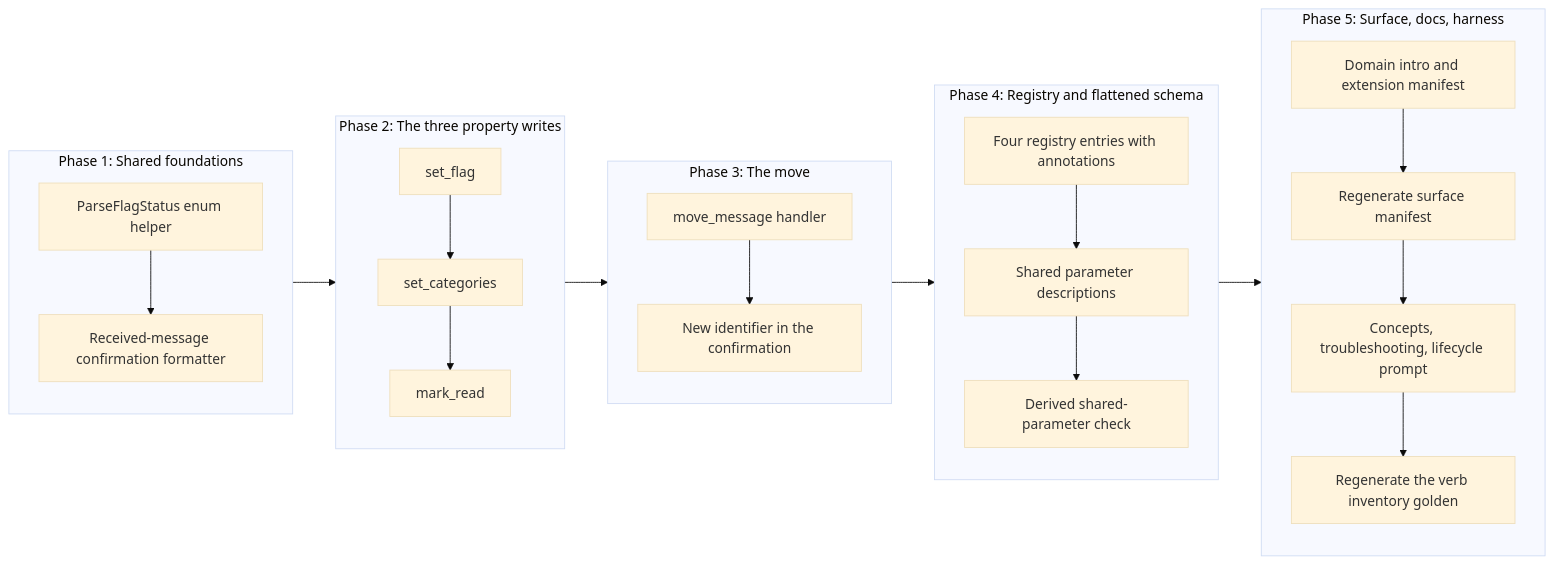
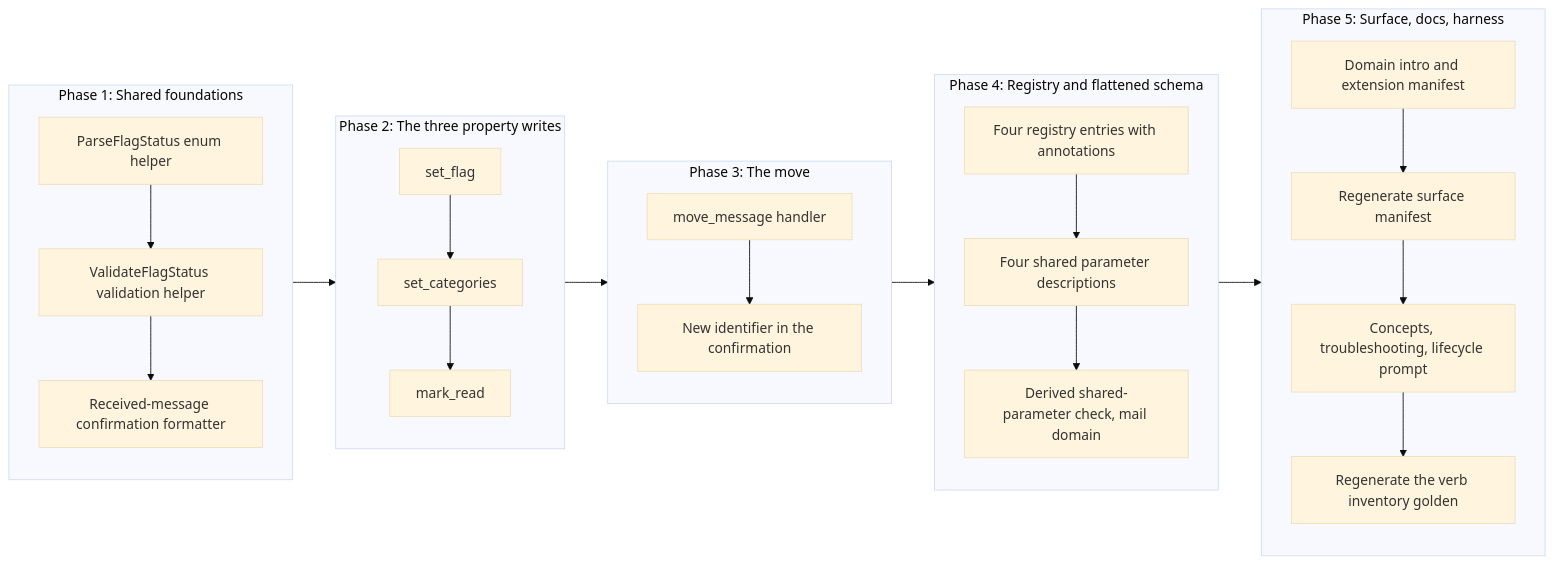
One commit to desek/outlook-local-mcp changed the third of 3 diagrams in docs/cr/CR-0078-email-management-write-verbs.md. Above: the diagram before and after it, drawn with Mermaid (base theme). The commit also changed other lines of this file and 1 other file, not shown here.

````diff
--- a/docs/cr/CR-0078-email-management-write-verbs.md
+++ b/docs/cr/CR-0078-email-management-write-verbs.md
@@ -498,23 +562,24 @@
 ```mermaid
 flowchart LR
     subgraph P1["Phase 1: Shared foundations"]
-        A1["ParseFlagStatus enum helper"] --> A2["Received-message confirmation formatter"]
+        A1["ParseFlagStatus enum helper"] --> A2["ValidateFlagStatus validation helper"]
+        A2 --> A3["Received-message confirmation formatter"]
     end
     subgraph P2["Phase 2: The three property writes"]
         B1["set_flag"] --> B2["set_categories"]
         B2 --> B3["mark_read"]
     end
     subgraph P3["Phase 3: The move"]
         C1["move_message handler"] --> C2["New identifier in the confirmation"]
     end
     subgraph P4["Phase 4: Registry and flattened schema"]
-        D1["Four registry entries with annotations"] --> D2["Shared parameter descriptions"]
-        D2 --> D3["Derived shared-parameter check"]
+        D1["Four registry entries with annotations"] --> D2["Four shared parameter descriptions"]
+        D2 --> D3["Derived shared-parameter check, mail domain"]
     end
     subgraph P5["Phase 5: Surface, docs, harness"]
         E1["Domain intro and extension manifest"] --> E2["Regenerate surface manifest"]
         E2 --> E3["Concepts, troubleshooting, lifecycle prompt"]
         E3 --> E4["Regenerate the verb inventory golden"]
     end
     P1 --> P2 --> P3 --> P4 --> P5
 ```
````
